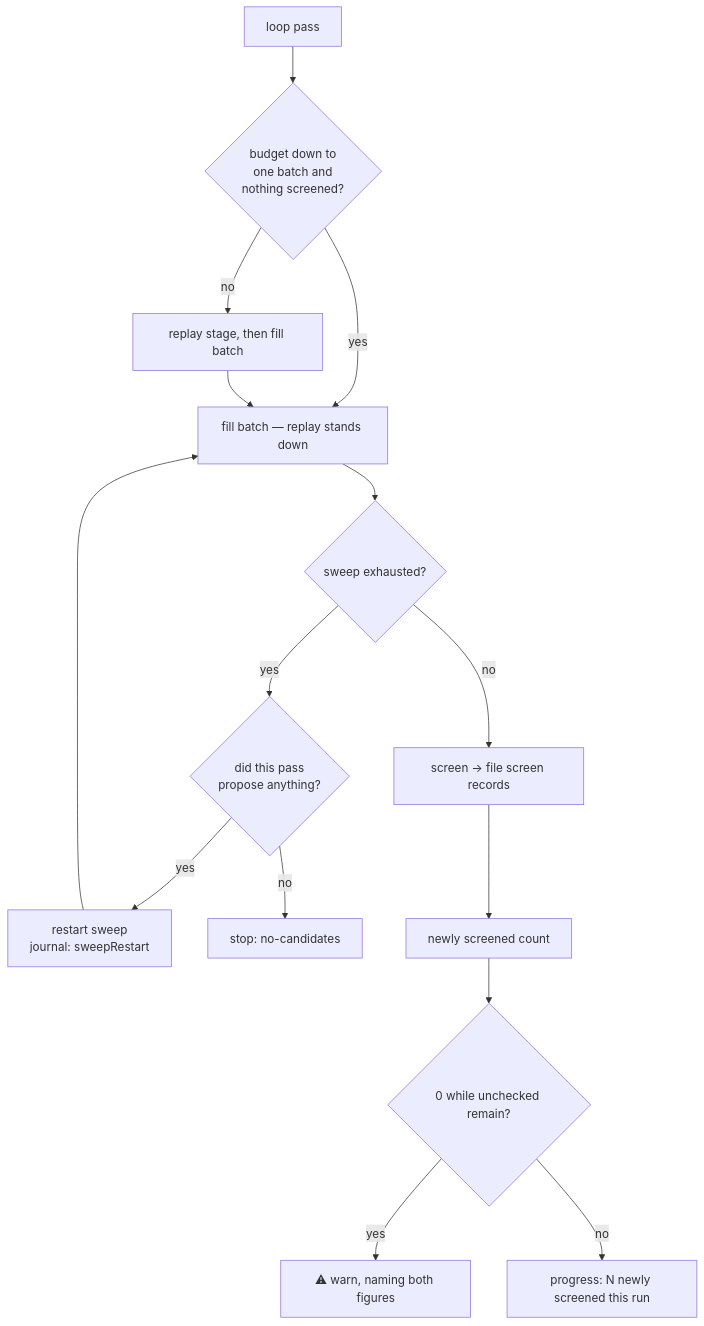
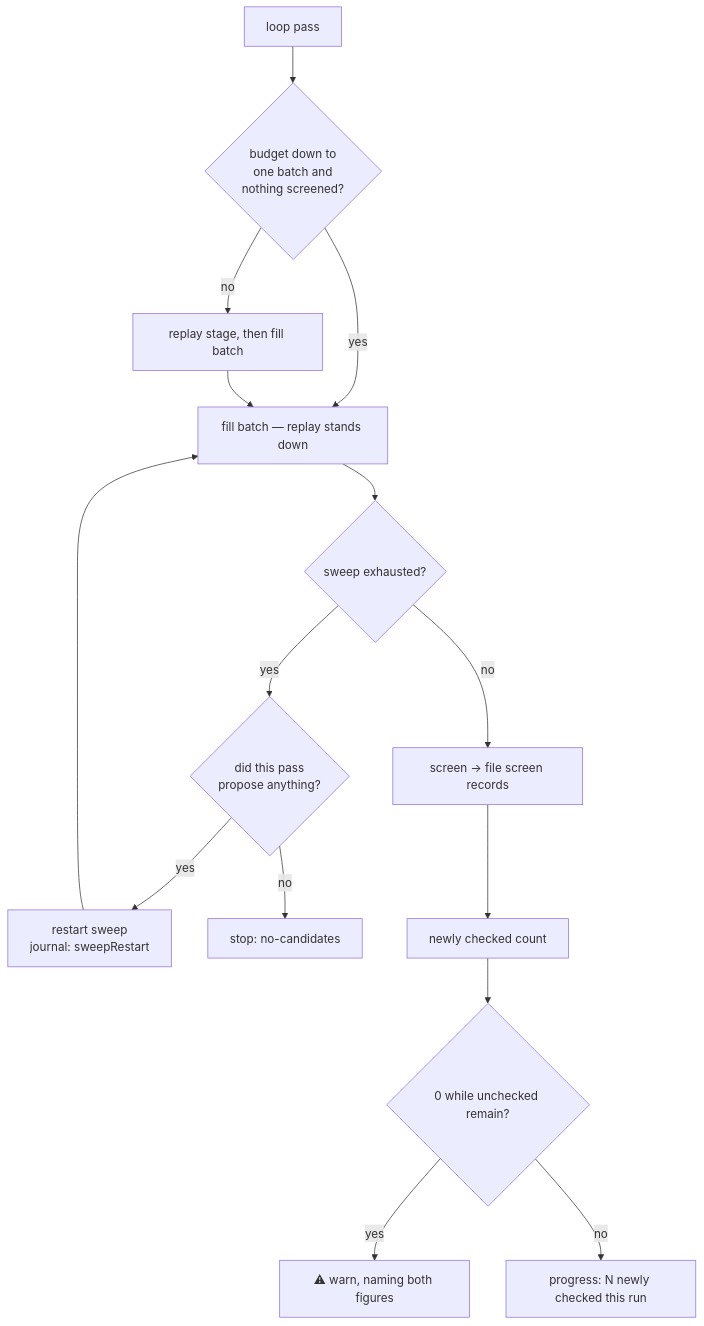
One commit to stSoftwareAU/NEAT-AI-Ockham changed the fifth of 10 diagrams in README.md. Above: the diagram before and after it, drawn with Mermaid. The commit also changed other lines of this file and 12 other files, not shown here.

````diff
--- a/README.md
+++ b/README.md
@@ -450,17 +489,17 @@
 ```mermaid
 flowchart TD
     L["loop pass"] --> Y{"budget down to<br/>one batch and<br/>nothing screened?"}
     Y -->|yes| B["fill batch — replay stands down"]
     Y -->|no| RP["replay stage, then fill batch"]
     RP --> B
     B --> E{"sweep exhausted?"}
     E -->|no| S["screen → file screen records"]
     E -->|yes| P{"did this pass<br/>propose anything?"}
     P -->|yes| R["restart sweep<br/>journal: sweepRestart"]
     P -->|no| X["stop: no-candidates"]
     R --> B
-    S --> N["newly screened count"]
+    S --> N["newly checked count"]
     N --> W{"0 while unchecked remain?"}
     W -->|yes| G["⚠ warn, naming both figures"]
-    W -->|no| K["progress: N newly screened this run"]
+    W -->|no| K["progress: N newly checked this run"]
 ```
````
